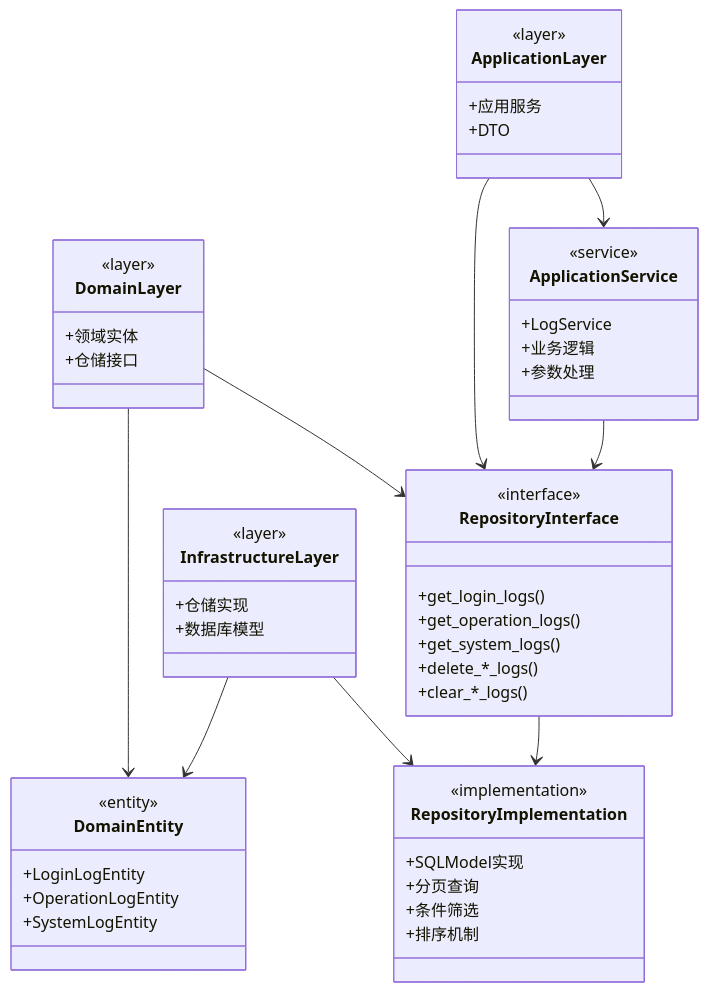
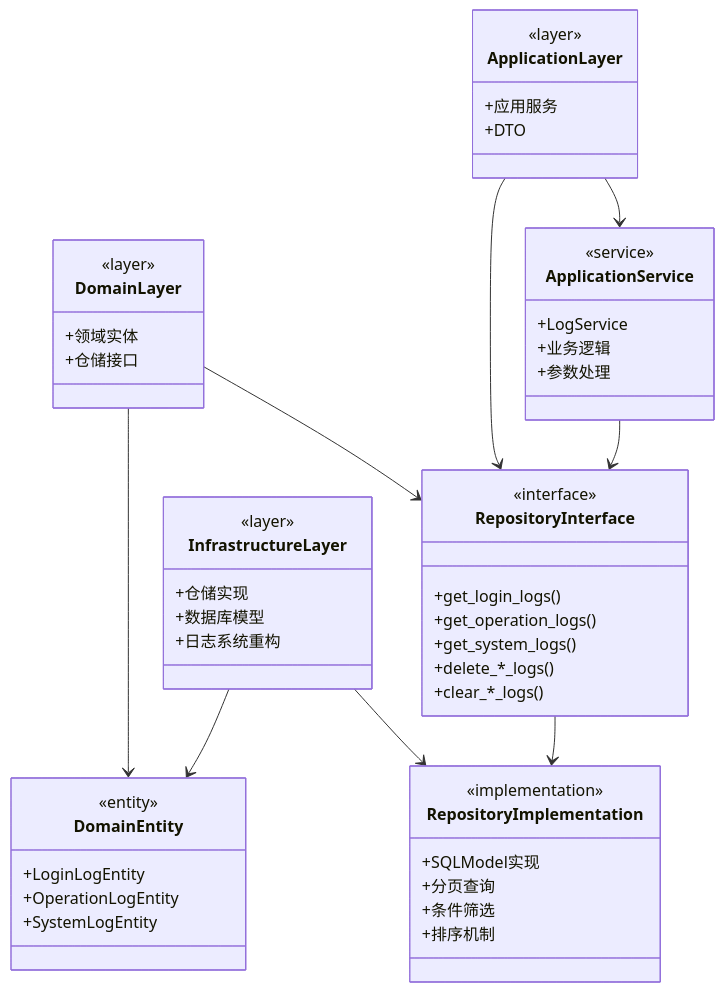
Before and after one commit to taoweidong/Hello-FastApi: the ninth of 10 diagrams in .qoder/repowiki/zh/content/核心模块/日志系统.md, drawn with Mermaid. The commit also changed other lines of this file and 22 other files, not shown here.

````diff
--- a/.qoder/repowiki/zh/content/核心模块/日志系统.md
+++ b/.qoder/repowiki/zh/content/核心模块/日志系统.md
@@ -430,53 +566,54 @@
 ```mermaid
 classDiagram
 class DomainLayer {
 <<layer>>
 +领域实体
 +仓储接口
 }
 class ApplicationLayer {
 <<layer>>
 +应用服务
 +DTO
 }
 class InfrastructureLayer {
 <<layer>>
 +仓储实现
 +数据库模型
++日志系统重构
 }
 class DomainEntity {
 <<entity>>
 +LoginLogEntity
 +OperationLogEntity
 +SystemLogEntity
 }
 class RepositoryInterface {
 <<interface>>
 +get_login_logs()
 +get_operation_logs()
 +get_system_logs()
 +delete_*_logs()
 +clear_*_logs()
 }
 class RepositoryImplementation {
 <<implementation>>
 +SQLModel实现
 +分页查询
 +条件筛选
 +排序机制
 }
 class ApplicationService {
 <<service>>
 +LogService
 +业务逻辑
 +参数处理
 }
 DomainLayer --> DomainEntity
 DomainLayer --> RepositoryInterface
 ApplicationLayer --> ApplicationService
 ApplicationLayer --> RepositoryInterface
 InfrastructureLayer --> RepositoryImplementation
 InfrastructureLayer --> DomainEntity
 ApplicationService --> RepositoryInterface
 RepositoryInterface --> RepositoryImplementation
 ```
````
